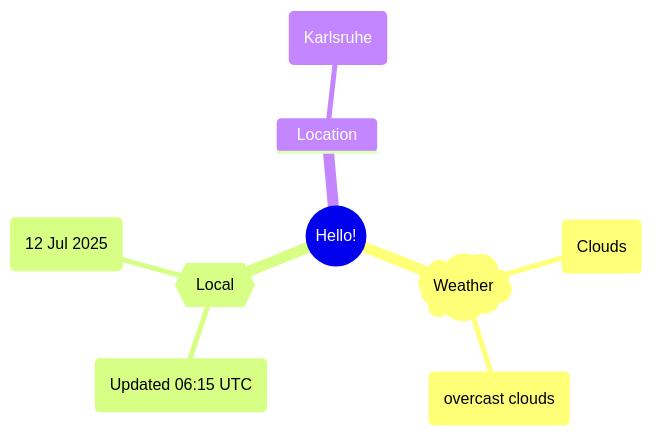
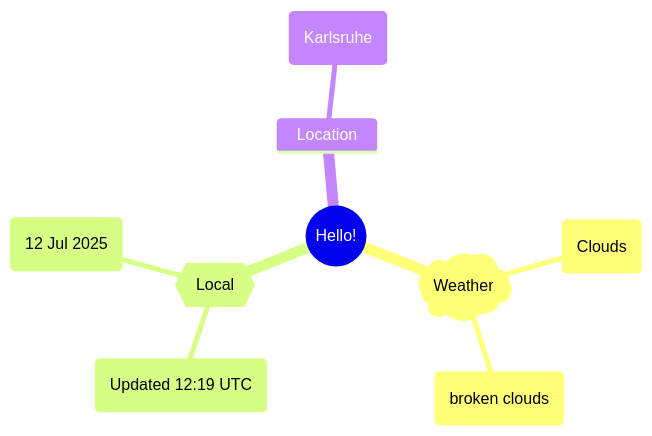
Before and after one commit to Xosrov/Xosrov: the first of 2 diagrams in README.md, drawn with Mermaid.

Commit message:
[bot] updated images

````diff
--- a/README.md
+++ b/README.md
@@ -3,12 +3,12 @@
 ```mermaid
 mindmap
   root((Hello!))
     )Weather(
         (Clouds)
-        (overcast clouds)
+        (broken clouds)
     {{Local}}
-        (Updated 06:15 UTC)
+        (Updated 12:19 UTC)
         (12 Jul 2025)
     Location
         (Karlsruhe)
 ```
````
